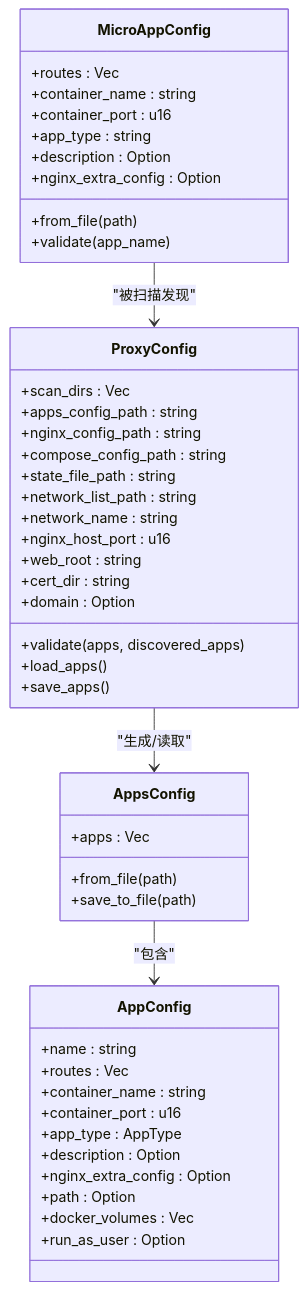
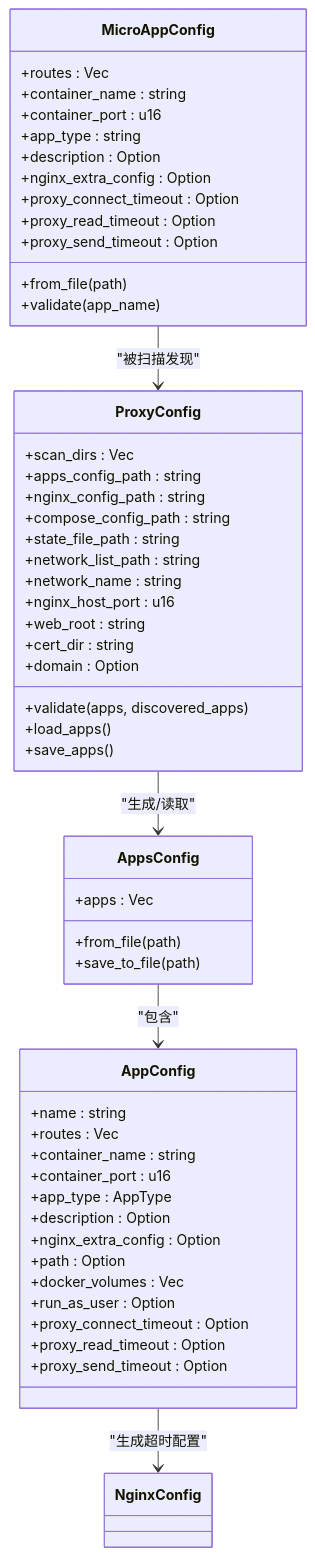
The third of 3 diagrams in .qoder/repowiki/zh/content/配置指南/主配置文件.md (cao5zy/proxy-config), drawn with Mermaid before and after one commit. The commit also changed other lines of this file and 5 other files, not shown here.

````diff
--- a/.qoder/repowiki/zh/content/配置指南/主配置文件.md
+++ b/.qoder/repowiki/zh/content/配置指南/主配置文件.md
@@ -277,49 +361,56 @@
 ```mermaid
 classDiagram
 class ProxyConfig {
 +scan_dirs : Vec<string>
 +apps_config_path : string
 +nginx_config_path : string
 +compose_config_path : string
 +state_file_path : string
 +network_list_path : string
 +network_name : string
 +nginx_host_port : u16
 +web_root : string
 +cert_dir : string
 +domain : Option<string>
 +validate(apps, discovered_apps)
 +load_apps()
 +save_apps()
 }
 class AppsConfig {
 +apps : Vec<AppConfig>
 +from_file(path)
 +save_to_file(path)
 }
 class AppConfig {
 +name : string
 +routes : Vec<string>
 +container_name : string
 +container_port : u16
 +app_type : AppType
 +description : Option<string>
 +nginx_extra_config : Option<string>
 +path : Option<string>
 +docker_volumes : Vec<string>
 +run_as_user : Option<string>
++proxy_connect_timeout : Option<u64>
++proxy_read_timeout : Option<u64>
++proxy_send_timeout : Option<u64>
 }
 class MicroAppConfig {
 +routes : Vec<string>
 +container_name : string
 +container_port : u16
 +app_type : string
 +description : Option<string>
 +nginx_extra_config : Option<string>
++proxy_connect_timeout : Option<u64>
++proxy_read_timeout : Option<u64>
++proxy_send_timeout : Option<u64>
 +from_file(path)
 +validate(app_name)
 }
 ProxyConfig --> AppsConfig : "生成/读取"
 AppsConfig --> AppConfig : "包含"
 MicroAppConfig --> ProxyConfig : "被扫描发现"
+AppConfig --> NginxConfig : "生成超时配置"
 ```
````
